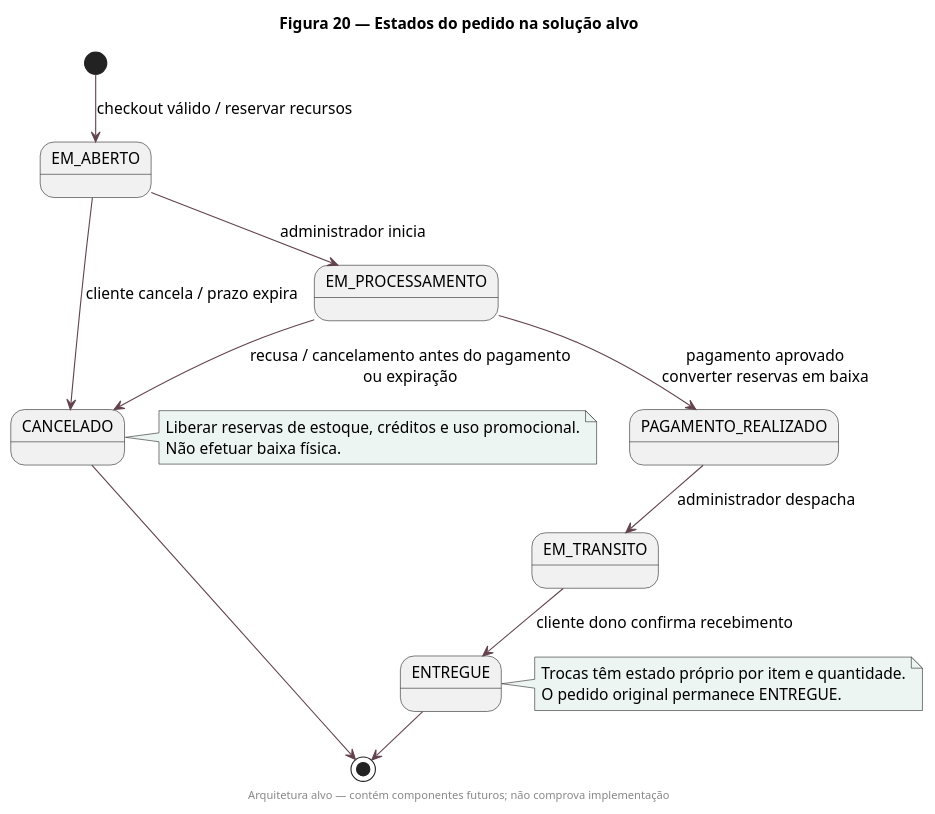
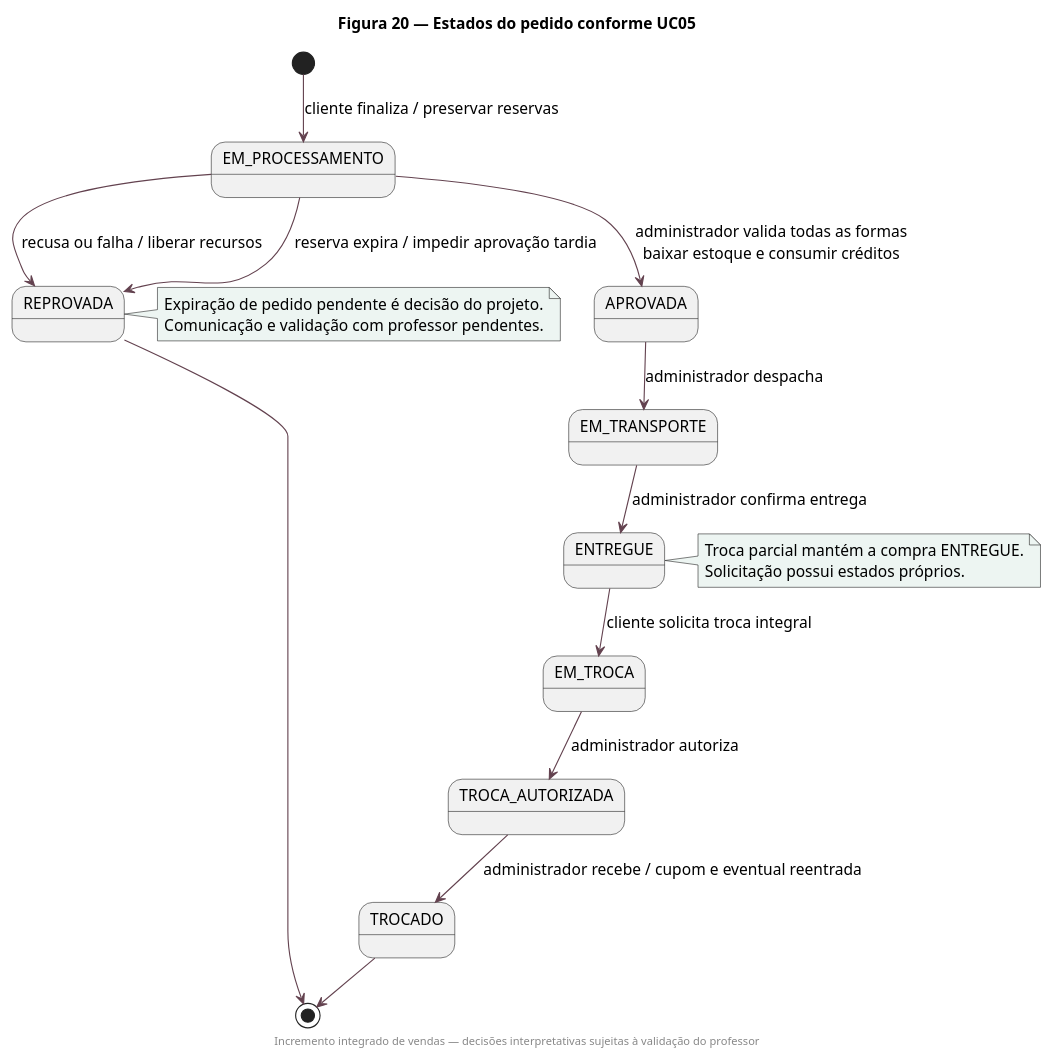
Diagram 20 of 25 in docs/dvp-uml-2026/CODIGOS-UML.md (krisnarane/Aura_Lab), drawn with PlantUML before and after one commit. The commit also changed other lines of this file and 89 other files, not shown here.

````diff
--- a/docs/dvp-uml-2026/CODIGOS-UML.md
+++ b/docs/dvp-uml-2026/CODIGOS-UML.md
@@ -2084,37 +2068,39 @@
 ```plantuml
 @startuml
 skinparam backgroundColor white
 skinparam shadowing false
 skinparam defaultFontName Arial
 skinparam defaultFontSize 14
 skinparam classAttributeIconSize 0
 skinparam packageStyle rectangle
 skinparam componentStyle rectangle
 skinparam ArrowColor #63424F
 skinparam ClassBackgroundColor #FFF8E6
 skinparam PackageBackgroundColor #F7F3F5
 skinparam NoteBackgroundColor #EDF5F2
 skinparam nodesep 30
 skinparam ranksep 40
 hide empty members
-title Figura 20 — Estados do pedido na solução alvo
-footer Arquitetura alvo — contém componentes futuros; não comprova implementação
-[*] --> EM_ABERTO : checkout válido / reservar recursos
-EM_ABERTO --> EM_PROCESSAMENTO : administrador inicia
-EM_PROCESSAMENTO --> PAGAMENTO_REALIZADO : pagamento aprovado\nconverter reservas em baixa
-PAGAMENTO_REALIZADO --> EM_TRANSITO : administrador despacha
-EM_TRANSITO --> ENTREGUE : cliente dono confirma recebimento
-EM_ABERTO --> CANCELADO : cliente cancela / prazo expira
-EM_PROCESSAMENTO --> CANCELADO : recusa / cancelamento antes do pagamento\nou expiração
-ENTREGUE --> [*]
-CANCELADO --> [*]
-note right of CANCELADO
- Liberar reservas de estoque, créditos e uso promocional.
- Não efetuar baixa física.
+title Figura 20 — Estados do pedido conforme UC05
+footer Incremento integrado de vendas — decisões interpretativas sujeitas à validação do professor
+[*] --> EM_PROCESSAMENTO : cliente finaliza / preservar reservas
+EM_PROCESSAMENTO --> APROVADA : administrador valida todas as formas\nbaixar estoque e consumir créditos
+EM_PROCESSAMENTO --> REPROVADA : recusa ou falha / liberar recursos
+EM_PROCESSAMENTO --> REPROVADA : reserva expira / impedir aprovação tardia
+APROVADA --> EM_TRANSPORTE : administrador despacha
+EM_TRANSPORTE --> ENTREGUE : administrador confirma entrega
+ENTREGUE --> EM_TROCA : cliente solicita troca integral
+EM_TROCA --> TROCA_AUTORIZADA : administrador autoriza
+TROCA_AUTORIZADA --> TROCADO : administrador recebe / cupom e eventual reentrada
+REPROVADA --> [*]
+TROCADO --> [*]
+note right of ENTREGUE
+ Troca parcial mantém a compra ENTREGUE.
+ Solicitação possui estados próprios.
 end note
-note right of ENTREGUE
- Trocas têm estado próprio por item e quantidade.
- O pedido original permanece ENTREGUE.
+note right of REPROVADA
+ Expiração de pedido pendente é decisão do projeto.
+ Comunicação e validação com professor pendentes.
 end note
 @enduml
 ```
````
